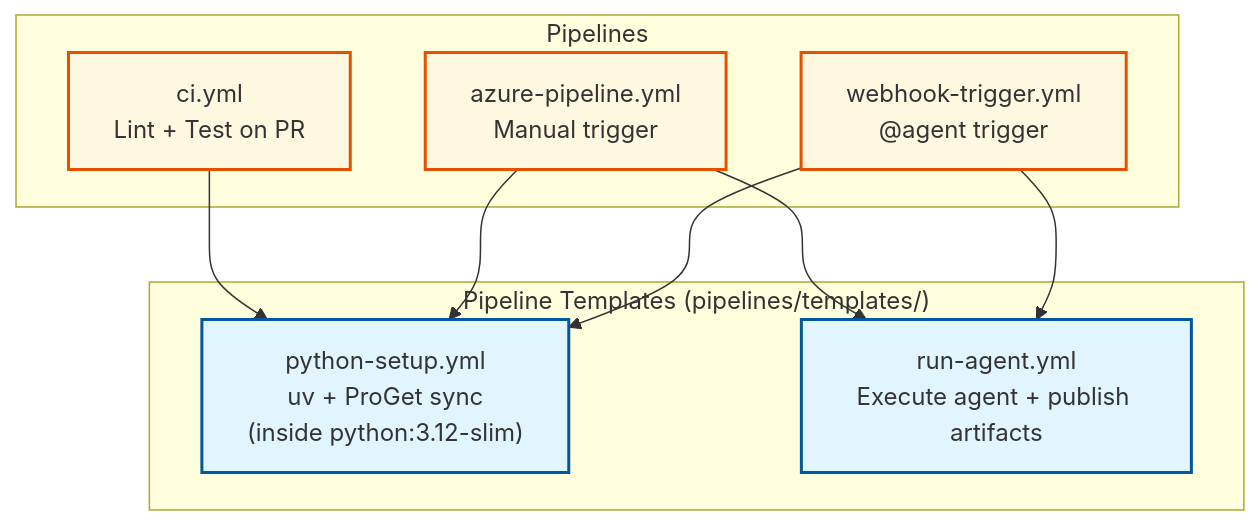
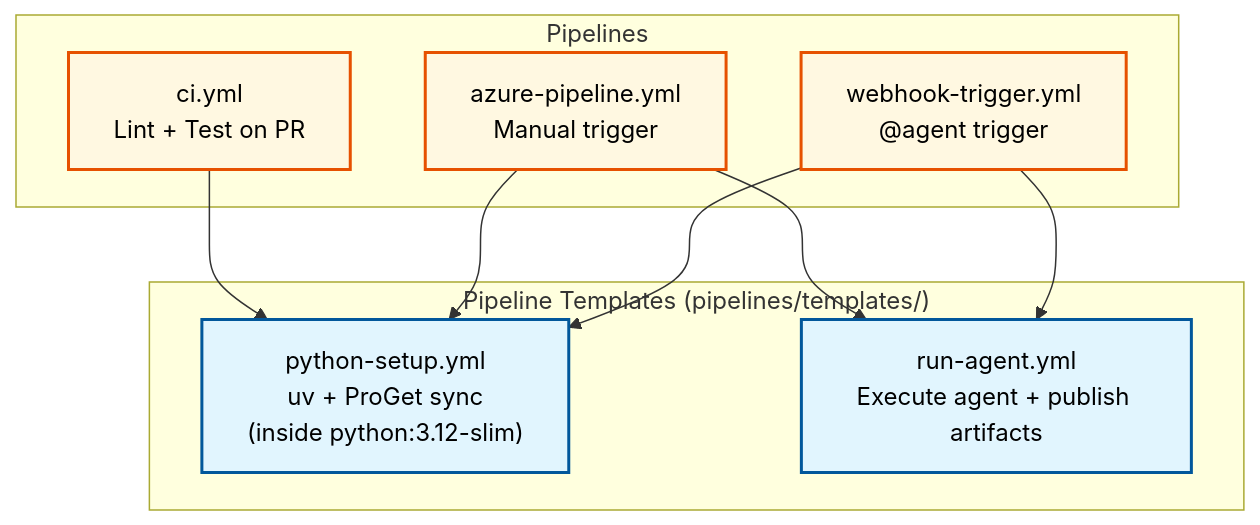
One commit to victorvos/devops_agent changed the fourth of 9 diagrams in README.md. Above: the diagram before and after it, drawn with Mermaid. The commit also changed other lines of this file and 1 other file, not shown here.

First line of the commit message:
Fix Mermaid text color: use #000000 instead of named colors

````diff
--- a/README.md
+++ b/README.md
@@ -175,26 +155,26 @@
 ```mermaid
 graph TB
     subgraph "Pipeline Templates (pipelines/templates/)"
         TPY["python-setup.yml<br/>uv + ProGet sync<br/>(inside python:3.12-slim)"]
         TRA["run-agent.yml<br/>Execute agent + publish artifacts"]
     end
 
     subgraph "Pipelines"
         CI["ci.yml<br/>Lint + Test on PR"]
         MAN["azure-pipeline.yml<br/>Manual trigger"]
         WEB["webhook-trigger.yml<br/>@agent trigger"]
     end
 
     CI --> TPY
     MAN --> TPY
     MAN --> TRA
     WEB --> TPY
     WEB --> TRA
 
     %% Styling
-    style TPY fill:#e1f5fe,stroke:#01579b,stroke-width:2px,color:#black
-    style TRA fill:#e1f5fe,stroke:#01579b,stroke-width:2px,color:#black
-    style CI fill:#fff8e1,stroke:#e65100,stroke-width:2px,color:#black
-    style MAN fill:#fff8e1,stroke:#e65100,stroke-width:2px,color:#black
-    style WEB fill:#fff8e1,stroke:#e65100,stroke-width:2px,color:#black
+    style TPY fill:#e1f5fe,stroke:#01579b,stroke-width:2px,color:#000000
+    style TRA fill:#e1f5fe,stroke:#01579b,stroke-width:2px,color:#000000
+    style CI fill:#fff8e1,stroke:#e65100,stroke-width:2px,color:#000000
+    style MAN fill:#fff8e1,stroke:#e65100,stroke-width:2px,color:#000000
+    style WEB fill:#fff8e1,stroke:#e65100,stroke-width:2px,color:#000000
 ```
````
